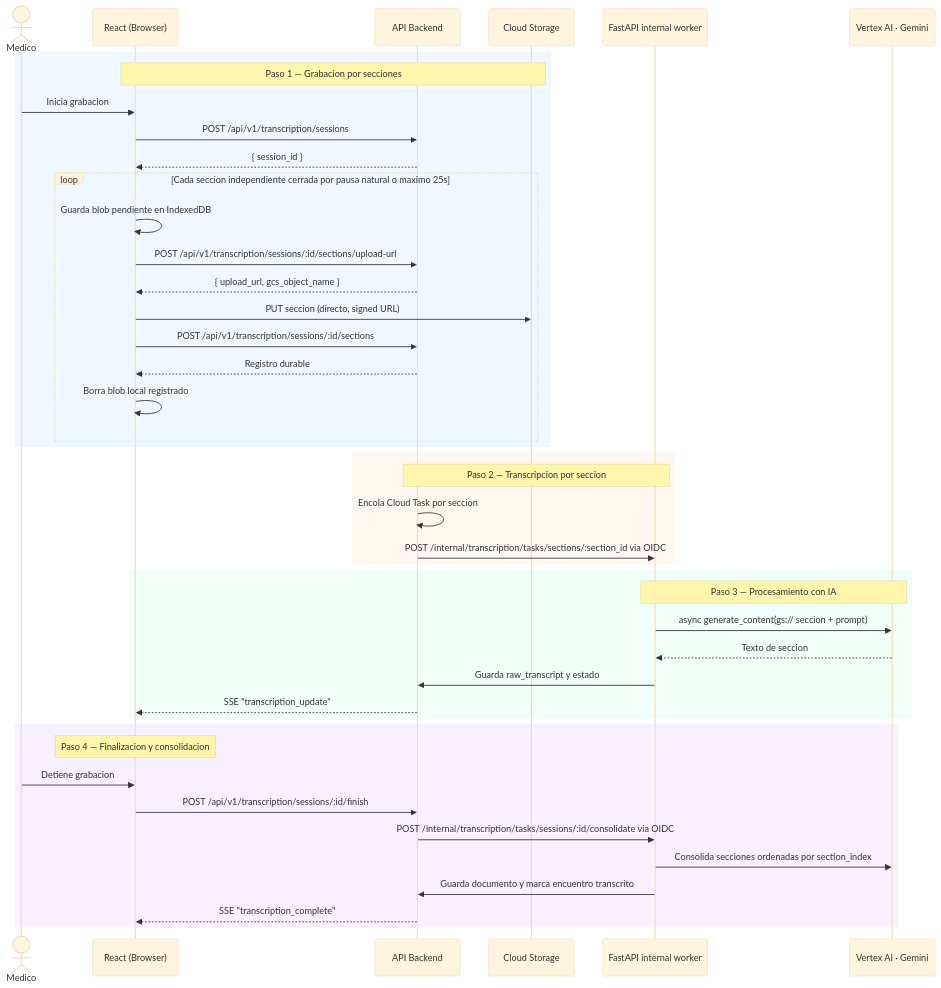
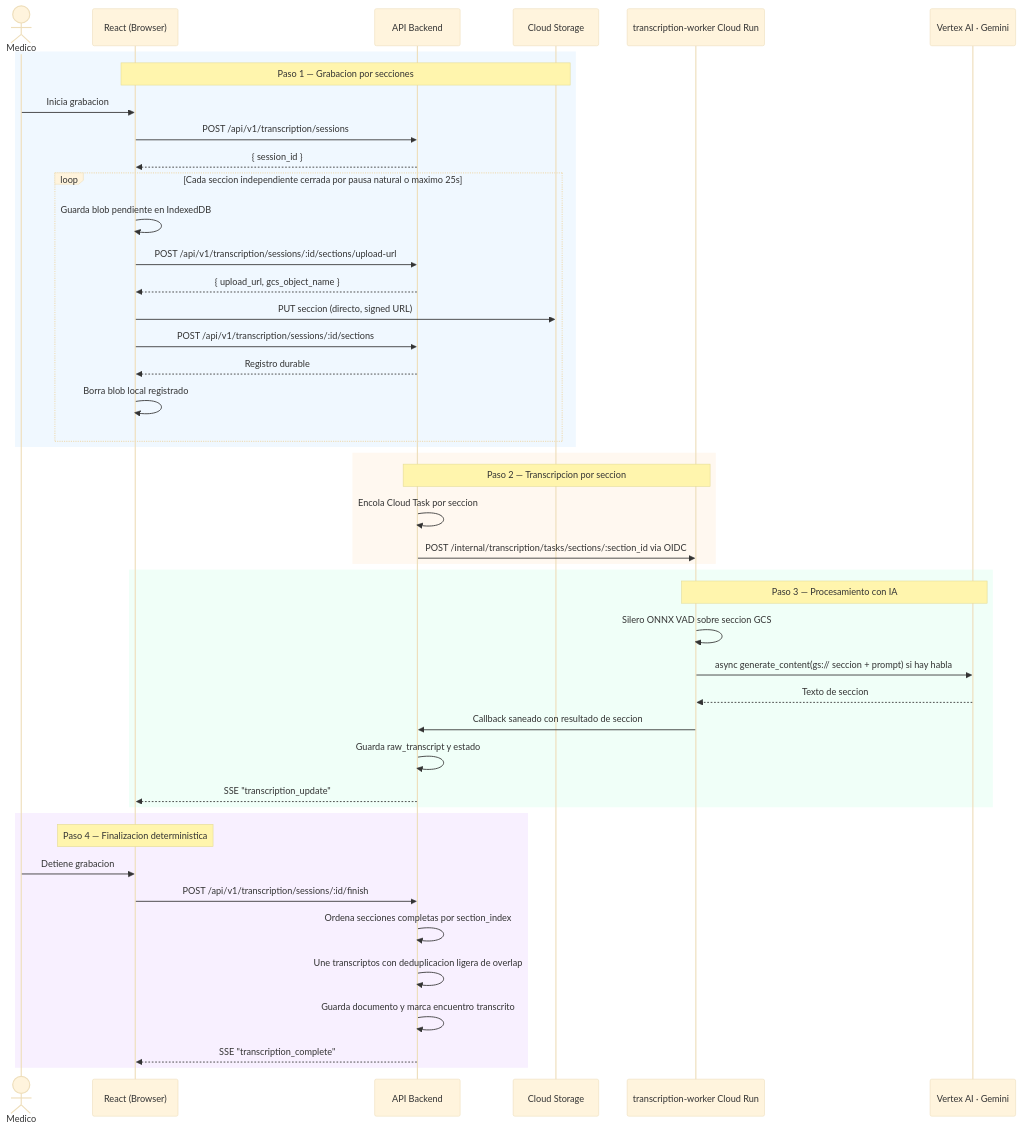
The second of 3 diagrams in docs/architecture/system-overview.md (Jmoreno844/medical-ai-webapp), drawn with Mermaid (base theme) before and after one commit. The commit also changed other lines of this file and 99 other files, not shown here.

First line of the commit message:
feat(workers): move AI workflows to Cloud Run

````diff
--- a/docs/architecture/system-overview.md
+++ b/docs/architecture/system-overview.md
@@ -61,49 +62,51 @@
 ```mermaid
 sequenceDiagram
     actor Medico
     participant Browser as React (Browser)
     participant Backend as API Backend
     participant GCS as Cloud Storage
-    participant Worker as FastAPI internal worker
+    participant Worker as transcription-worker Cloud Run
     participant Gemini as Vertex AI · Gemini
 
     rect rgb(240, 248, 255)
         note over Browser,GCS: Paso 1 — Grabacion por secciones
         Medico->>Browser: Inicia grabacion
         Browser->>Backend: POST /api/v1/transcription/sessions
         Backend-->>Browser: { session_id }
         loop Cada seccion independiente cerrada por pausa natural o maximo 25s
             Browser->>Browser: Guarda blob pendiente en IndexedDB
             Browser->>Backend: POST /api/v1/transcription/sessions/:id/sections/upload-url
             Backend-->>Browser: { upload_url, gcs_object_name }
             Browser->>GCS: PUT seccion (directo, signed URL)
             Browser->>Backend: POST /api/v1/transcription/sessions/:id/sections
             Backend-->>Browser: Registro durable
             Browser->>Browser: Borra blob local registrado
         end
     end
 
     rect rgb(255, 248, 240)
         note over Backend,Worker: Paso 2 — Transcripcion por seccion
         Backend->>Backend: Encola Cloud Task por seccion
         Backend->>Worker: POST /internal/transcription/tasks/sections/:section_id via OIDC
     end
 
     rect rgb(240, 255, 248)
         note over Worker,Gemini: Paso 3 — Procesamiento con IA
-        Worker->>Gemini: async generate_content(gs:// seccion + prompt)
+        Worker->>Worker: Silero ONNX VAD sobre seccion GCS
+        Worker->>Gemini: async generate_content(gs:// seccion + prompt) si hay habla
         Gemini-->>Worker: Texto de seccion
-        Worker->>Backend: Guarda raw_transcript y estado
+        Worker->>Backend: Callback saneado con resultado de seccion
+        Backend->>Backend: Guarda raw_transcript y estado
         Backend-->>Browser: SSE "transcription_update"
     end
 
     rect rgb(248, 240, 255)
-        note over Browser,Browser: Paso 4 — Finalizacion y consolidacion
+        note over Browser,Browser: Paso 4 — Finalizacion deterministica
         Medico->>Browser: Detiene grabacion
         Browser->>Backend: POST /api/v1/transcription/sessions/:id/finish
-        Backend->>Worker: POST /internal/transcription/tasks/sessions/:id/consolidate via OIDC
-        Worker->>Gemini: Consolida secciones ordenadas por section_index
-        Worker->>Backend: Guarda documento y marca encuentro transcrito
+        Backend->>Backend: Ordena secciones completas por section_index
+        Backend->>Backend: Une transcriptos con deduplicacion ligera de overlap
+        Backend->>Backend: Guarda documento y marca encuentro transcrito
         Backend-->>Browser: SSE "transcription_complete"
     end
 ```
````
